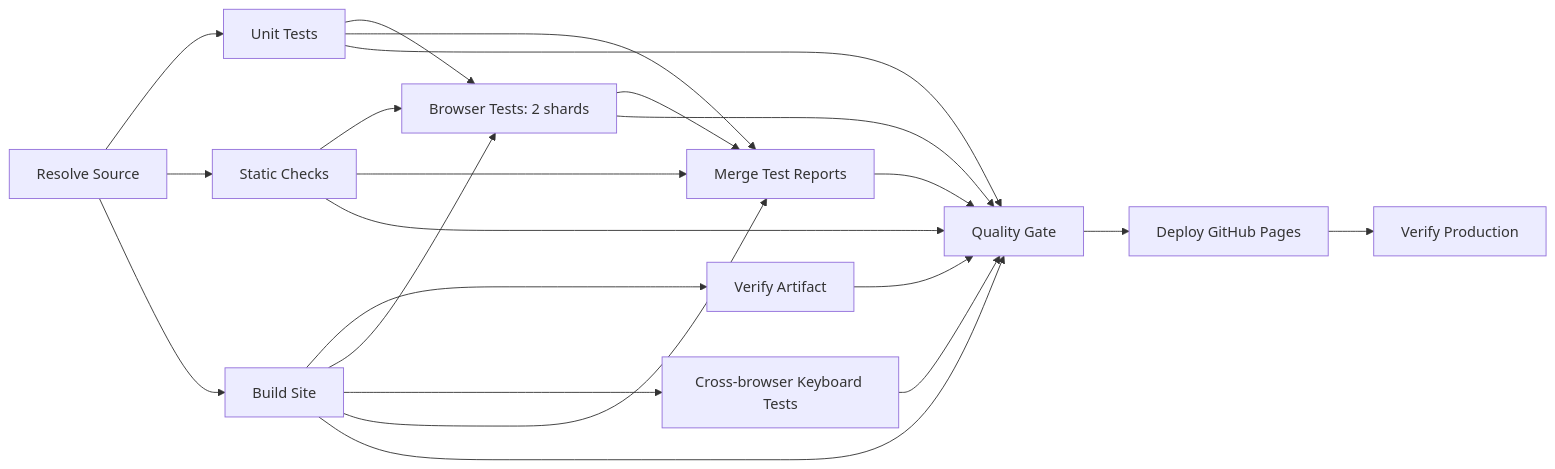
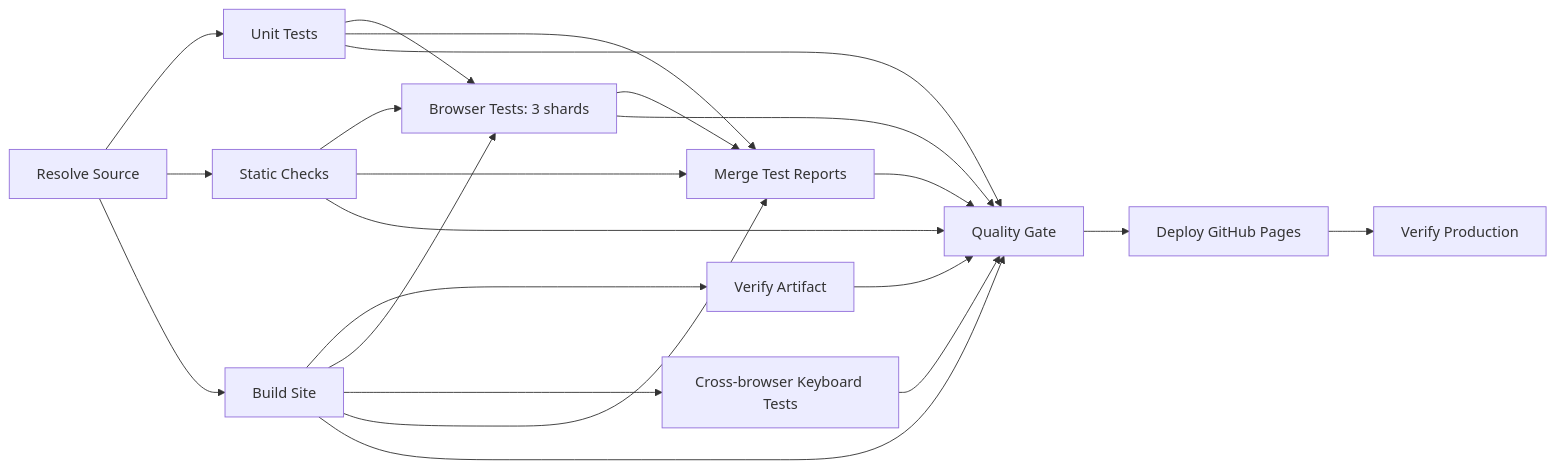
The diagram in docs/CI-CD.md (ferhattufekci/ferhattufekci.github.io), drawn with Mermaid before and after one commit. The commit also changed other lines of this file and 11 other files, not shown here.

First line of the commit message:
perf(ci): three Chromium browser shards with one source for the shard count

````diff
--- a/docs/CI-CD.md
+++ b/docs/CI-CD.md
@@ -56,24 +56,24 @@
 ```mermaid
 flowchart LR
   S[Resolve Source] --> U[Unit Tests]
   S --> C[Static Checks]
   S --> B[Build Site]
   B --> V[Verify Artifact]
-  B --> T[Browser Tests: 2 shards]
+  B --> T[Browser Tests: 3 shards]
   B --> K[Cross-browser Keyboard Tests]
   U --> T
   C --> T
   T --> M[Merge Test Reports]
   B --> M
   U --> M
   C --> M
   U --> G[Quality Gate]
   C --> G
   B --> G
   T --> G
   M --> G
   V --> G
   K --> G
   G --> D[Deploy GitHub Pages]
   D --> P[Verify Production]
 ```
````
